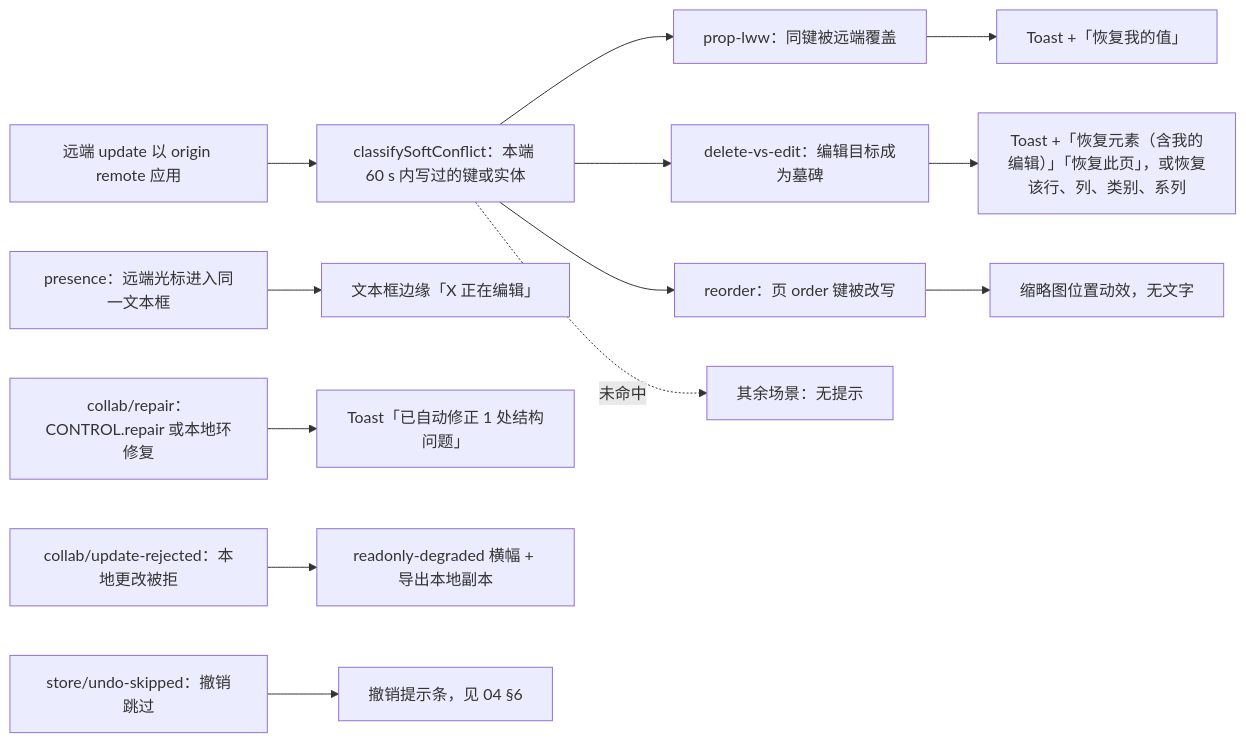
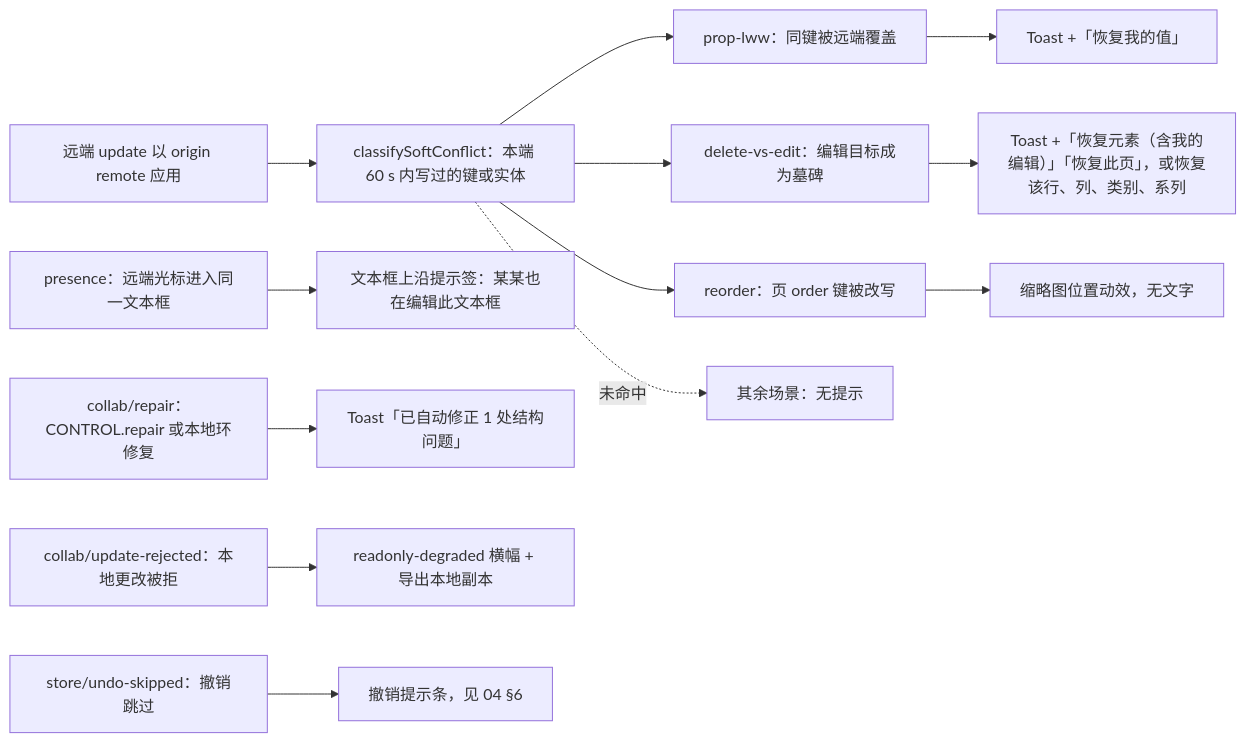
One commit to Xeonice/cordis-ppt-editor changed diagram 14 of 14 in docs/50-frontend/07-collaboration-client.md. Above: the diagram before and after it, drawn with Mermaid. The commit also changed other lines of this file and 25 other files, not shown here.

````diff
--- a/docs/50-frontend/07-collaboration-client.md
+++ b/docs/50-frontend/07-collaboration-client.md
@@ -736,29 +754,29 @@
 ```mermaid
 flowchart LR
   remote["远端 update 以 origin remote 应用"]
   classify["classifySoftConflict：本端 60 s 内写过的键或实体"]
   lww["prop-lww：同键被远端覆盖"]
   dve["delete-vs-edit：编辑目标成为墓碑"]
   reorder["reorder：页 order 键被改写"]
   none["其余场景：无提示"]
   presenceIn["presence：远端光标进入同一文本框"]
   repair["collab/repair：CONTROL.repair 或本地环修复"]
   rejected["collab/update-rejected：本地更改被拒"]
   skipped["store/undo-skipped：撤销跳过"]
   toastMine["Toast +「恢复我的值」"]
   toastElem["Toast +「恢复元素（含我的编辑）」「恢复此页」，或恢复该行、列、类别、系列"]
   anim["缩略图位置动效，无文字"]
-  inline["文本框边缘「X 正在编辑」"]
+  inline["文本框上沿提示签：某某也在编辑此文本框"]
   toastFix["Toast「已自动修正 1 处结构问题」"]
   banner["readonly-degraded 横幅 + 导出本地副本"]
   hint["撤销提示条，见 04 §6"]
   remote --> classify
   classify --> lww --> toastMine
   classify --> dve --> toastElem
   classify --> reorder --> anim
   classify -. "未命中" .-> none
   presenceIn --> inline
   repair --> toastFix
   rejected --> banner
   skipped --> hint
 ```
````
